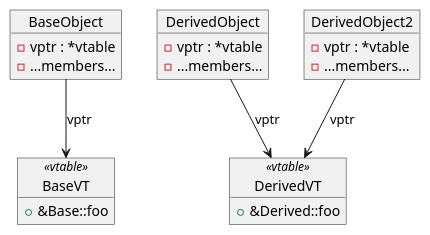
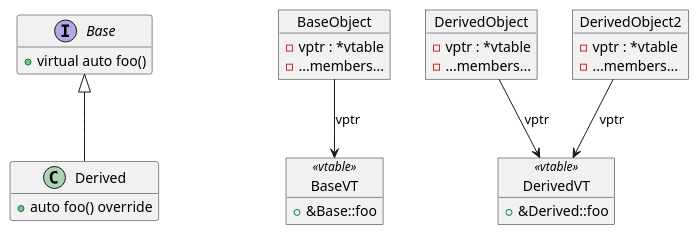
The diagram in posts.org (david-alvarez-rosa/personal-website), drawn with PlantUML before and after one commit. The commit also changed other lines of this file and 6 other files, not shown here.

```diff
--- a/posts.org
+++ b/posts.org
@@ -856,32 +859,47 @@
-#+begin_src plantuml :file diagram.png :eval never
+#+begin_src plantuml :file diagram.png
   @startuml
+
   hide empty members
+
+  interface Base {
+    + virtual auto foo()
+  }
+
+  class Derived {
+    + auto foo() override
+  }
+
+  Base <|-- Derived
+
+  class ZZZ
+  hide ZZZ
 
   object BaseVT <<vtable>> {
     + &Base::foo
   }
 
   object DerivedVT <<vtable>> {
     + &Derived::foo
   }
 
   object BaseObject {
     - vptr : *vtable
     - ...members...
   }
 
   object DerivedObject {
     - vptr : *vtable
     - ...members...
   }
 
   object DerivedObject2 {
     - vptr : *vtable
     - ...members...
   }
 
   BaseObject --> BaseVT : vptr
   DerivedObject --> DerivedVT : vptr
   DerivedObject2 --> DerivedVT : vptr
+
   @enduml
 #+end_src
```
